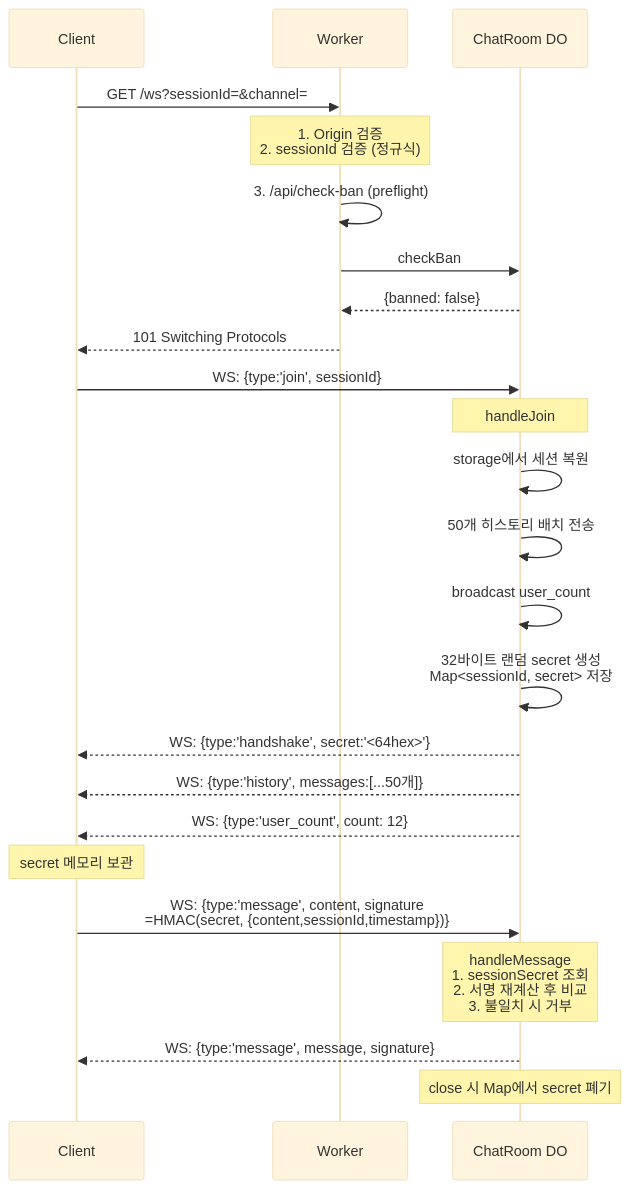
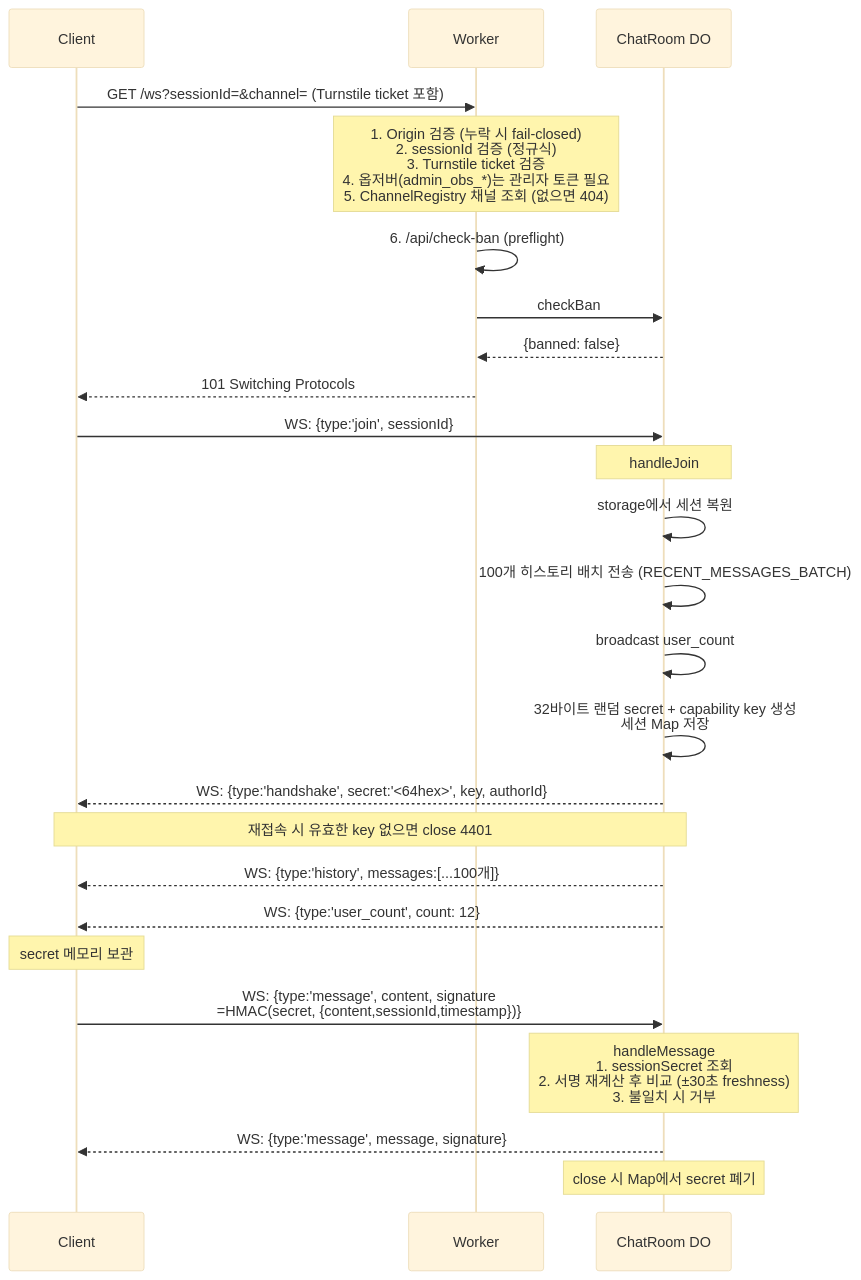
The third of 7 diagrams in docs/ARCHITECTURE.md (gguatit/Anonymous_Chat), drawn with Mermaid (base theme) before and after one commit. The commit also changed other lines of this file and 13 other files, not shown here.

````diff
--- a/docs/ARCHITECTURE.md
+++ b/docs/ARCHITECTURE.md
@@ -226,33 +224,34 @@
 ```mermaid
 sequenceDiagram
     participant C as Client
     participant W as Worker
     participant DO as ChatRoom DO
 
-    C->>W: GET /ws?sessionId=&channel=
+    C->>W: GET /ws?sessionId=&channel= (Turnstile ticket 포함)
 
-    Note over W: 1. Origin 검증<br/>2. sessionId 검증 (정규식)
-    W->>W: 3. /api/check-ban (preflight)
+    Note over W: 1. Origin 검증 (누락 시 fail-closed)<br/>2. sessionId 검증 (정규식)<br/>3. Turnstile ticket 검증<br/>4. 옵저버(admin_obs_*)는 관리자 토큰 필요<br/>5. ChannelRegistry 채널 조회 (없으면 404)
+    W->>W: 6. /api/check-ban (preflight)
     W->>DO: checkBan
     DO-->>W: {banned: false}
     W-->>C: 101 Switching Protocols
 
     C->>DO: WS: {type:'join', sessionId}
 
     Note over DO: handleJoin
     DO->>DO: storage에서 세션 복원
-    DO->>DO: 50개 히스토리 배치 전송
+    DO->>DO: 100개 히스토리 배치 전송 (RECENT_MESSAGES_BATCH)
     DO->>DO: broadcast user_count
-    DO->>DO: 32바이트 랜덤 secret 생성<br/>Map<sessionId, secret> 저장
-    DO-->>C: WS: {type:'handshake', secret:'<64hex>'}
-    DO-->>C: WS: {type:'history', messages:[...50개]}
+    DO->>DO: 32바이트 랜덤 secret + capability key 생성<br/>세션 Map 저장
+    DO-->>C: WS: {type:'handshake', secret:'<64hex>', key, authorId}
+    Note over C,DO: 재접속 시 유효한 key 없으면 close 4401
+    DO-->>C: WS: {type:'history', messages:[...100개]}
     DO-->>C: WS: {type:'user_count', count: 12}
 
     Note over C: secret 메모리 보관
     C->>DO: WS: {type:'message', content, signature<br/>=HMAC(secret, {content,sessionId,timestamp})}
 
-    Note over DO: handleMessage<br/>1. sessionSecret 조회<br/>2. 서명 재계산 후 비교<br/>3. 불일치 시 거부
+    Note over DO: handleMessage<br/>1. sessionSecret 조회<br/>2. 서명 재계산 후 비교 (±30초 freshness)<br/>3. 불일치 시 거부
     DO-->>C: WS: {type:'message', message, signature}
 
     Note over DO: close 시 Map에서 secret 폐기
 ```
````
